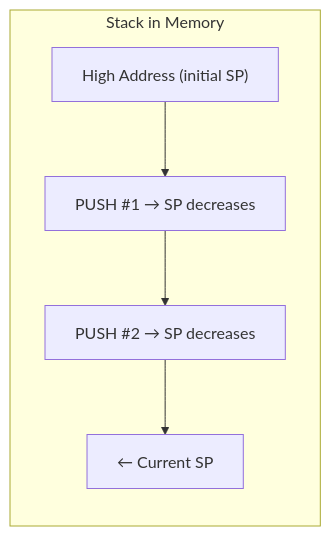
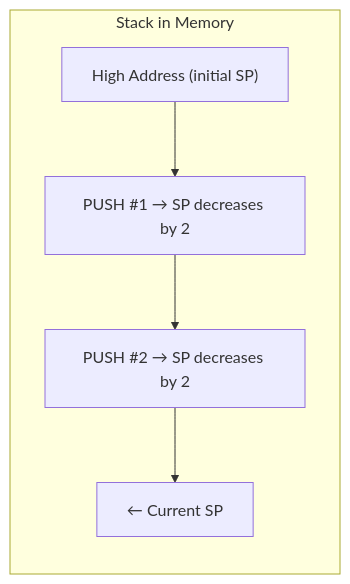
Before and after one commit to MinecAnton209/NovumOS-16bit: the third of 5 diagrams in docs/en/architecture/registers.md, drawn with Mermaid. The commit also changed other lines of this file and 6 other files, not shown here.

````diff
--- a/docs/en/architecture/registers.md
+++ b/docs/en/architecture/registers.md
@@ -142,11 +142,11 @@
 ```mermaid
 graph TB
     subgraph Stack["Stack in Memory"]
         direction TB
         HIGH["High Address (initial SP)"]
-        PUSH1["PUSH #1 → SP decreases"]
-        PUSH2["PUSH #2 → SP decreases"]
+        PUSH1["PUSH #1 → SP decreases by 2"]
+        PUSH2["PUSH #2 → SP decreases by 2"]
         TOP["← Current SP"]
     end
     HIGH --> PUSH1 --> PUSH2 --> TOP
 ```
````
